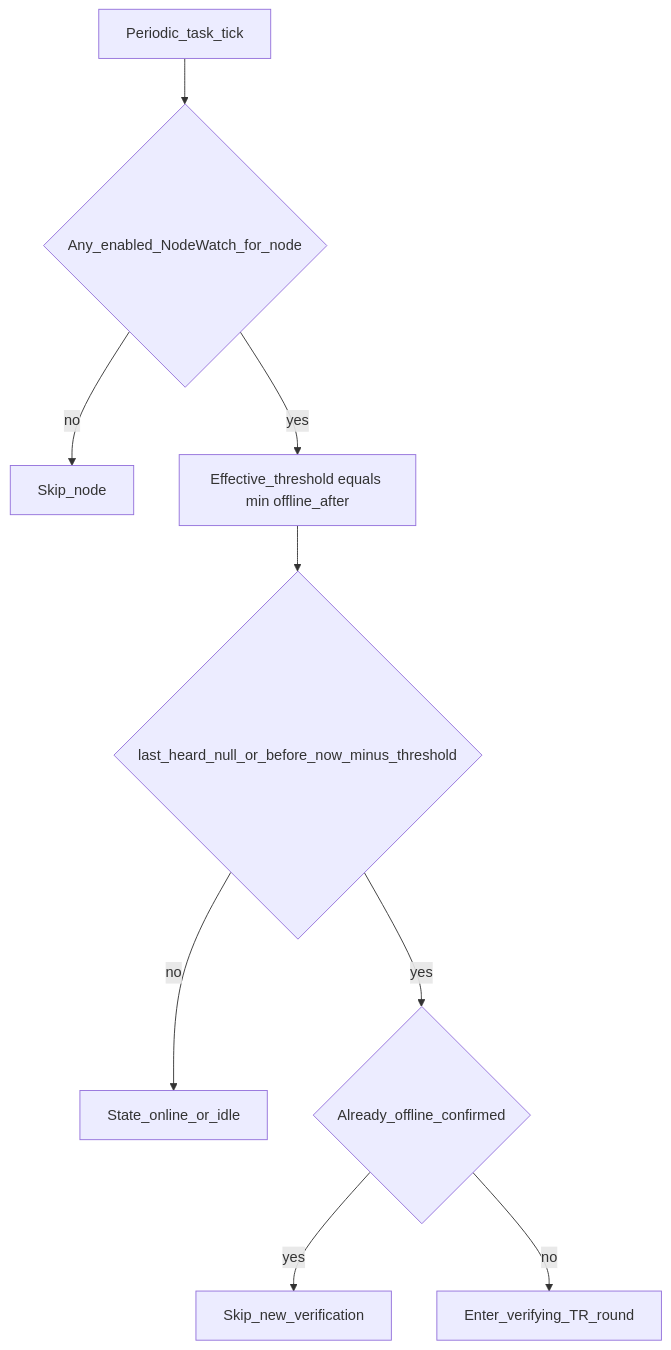
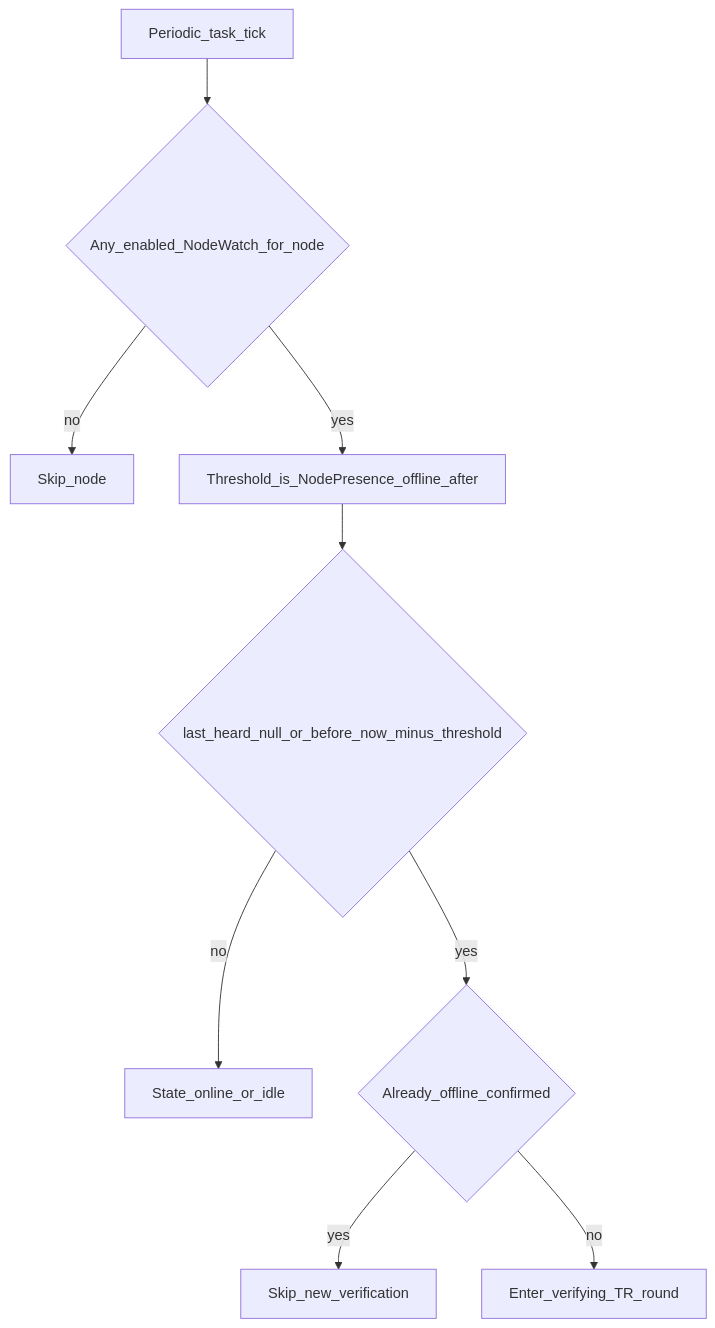
The second of 3 diagrams in docs/features/mesh-monitoring/flow.md (pskillen/meshflow-api), drawn with Mermaid before and after one commit. The commit also changed other lines of this file and 18 other files, not shown here.

First line of the commit message:
feat(mesh-monitoring): node-level offline_after on NodePresence

````diff
--- a/docs/features/mesh-monitoring/flow.md
+++ b/docs/features/mesh-monitoring/flow.md
@@ -59,12 +59,12 @@
 ```mermaid
 flowchart TD
   start[Periodic_task_tick]
   start --> hasWatch{Any_enabled_NodeWatch_for_node}
   hasWatch -->|no| skip[Skip_node]
-  hasWatch -->|yes| effThreshold[Effective_threshold equals min offline_after]
+  hasWatch -->|yes| effThreshold[Threshold_is_NodePresence_offline_after]
   effThreshold --> stale{last_heard_null_or_before_now_minus_threshold}
   stale -->|no| online[State_online_or_idle]
   stale -->|yes| checkPresence{Already_offline_confirmed}
   checkPresence -->|yes| skipRound[Skip_new_verification]
   checkPresence -->|no| verify[Enter_verifying_TR_round]
 ```
````
